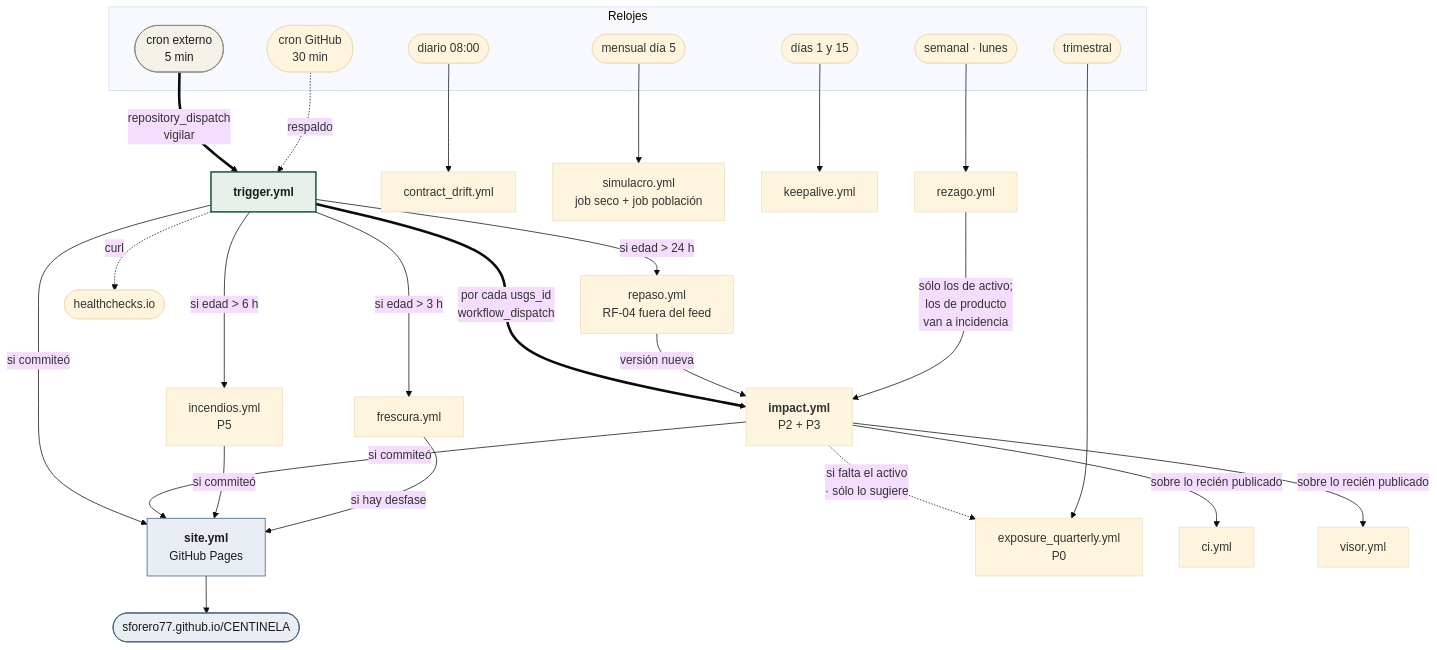
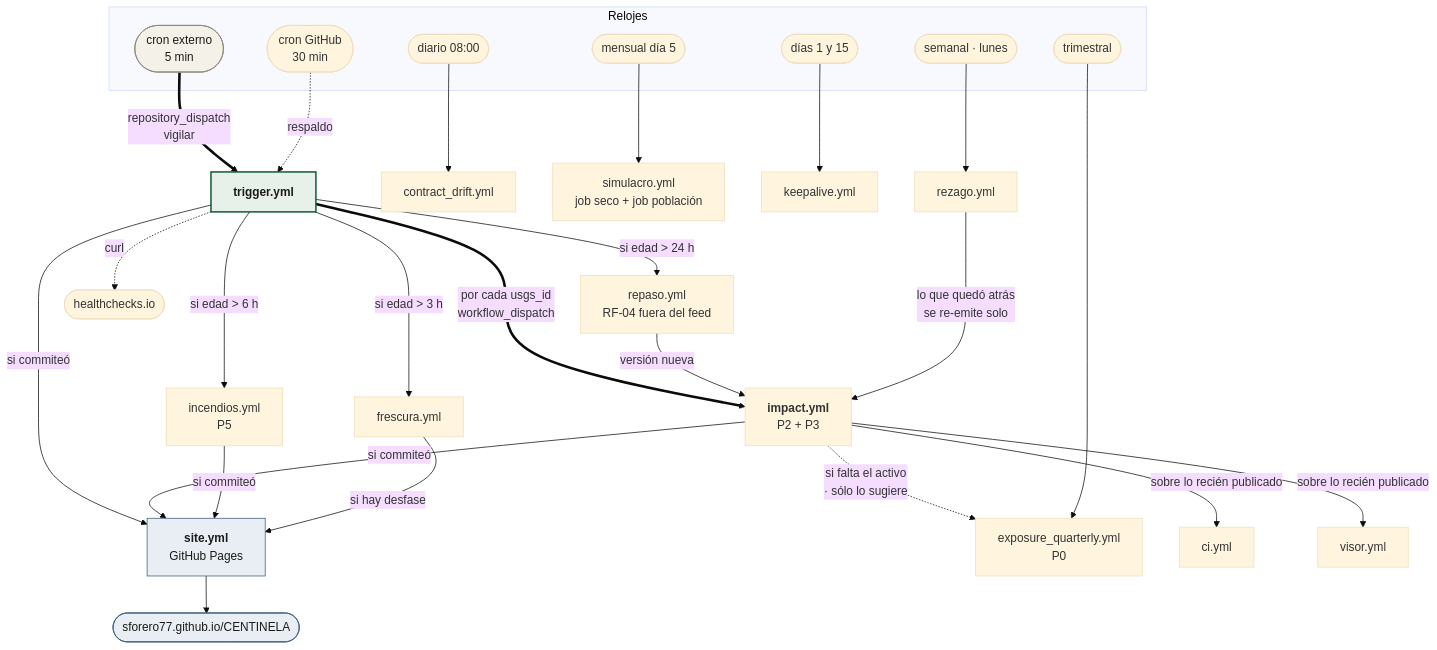
One commit to sforero77/CENTINELA changed the first of 2 diagrams in docs/acciones/orquestacion.md. Above: the diagram before and after it, drawn with Mermaid (base theme). The commit also changed other lines of this file and 12 other files, not shown here.

````diff
--- a/docs/acciones/orquestacion.md
+++ b/docs/acciones/orquestacion.md
@@ -9,48 +9,48 @@
 ```mermaid
 flowchart TB
   subgraph relojes["Relojes"]
     EXT(["cron externo<br/>5 min"])
     C30(["cron GitHub<br/>30 min"])
     CQ(["trimestral"])
     CD(["diario 08:00"])
     CM(["mensual día 5"])
     CK(["días 1 y 15"])
     CS(["semanal · lunes"])
   end
 
   EXT ==>|repository_dispatch<br/>vigilar| TRIG
   C30 -.->|respaldo| TRIG
 
   TRIG["<b>trigger.yml</b>"]
 
   TRIG ==>|"por cada usgs_id<br/>workflow_dispatch"| IMP["<b>impact.yml</b><br/>P2 + P3"]
   TRIG -->|"si edad &gt; 3 h"| FRE["frescura.yml"]
   TRIG -->|"si edad &gt; 6 h"| INC["incendios.yml<br/>P5"]
   TRIG -->|"si edad &gt; 24 h"| REP["repaso.yml<br/>RF-04 fuera del feed"]
   REP -->|"versión nueva"| IMP
   TRIG -->|"si commiteó"| SIT
   IMP -->|"si commiteó"| SIT
   INC -->|"si commiteó"| SIT
   FRE -->|"si hay desfase"| SIT
 
   SIT["<b>site.yml</b><br/>GitHub Pages"]
   SIT --> PAGES(["sforero77.github.io/CENTINELA"])
 
   IMP -.->|"si falta el activo<br/>· sólo lo sugiere"| EXQ["exposure_quarterly.yml<br/>P0"]
   CQ --> EXQ
   CD --> DRIFT["contract_drift.yml"]
   CM --> SIM["simulacro.yml<br/>job seco + job población"]
   CK --> KEEP["keepalive.yml"]
   CS --> REZ["rezago.yml"]
-  REZ -->|"sólo los de activo;<br/>los de producto<br/>van a incidencia"| IMP
+  REZ -->|"lo que quedó atrás<br/>se re-emite solo"| IMP
 
   IMP -->|"sobre lo recién publicado"| CIW["ci.yml"]
   IMP -->|"sobre lo recién publicado"| VISW["visor.yml"]
 
   TRIG -.->|"curl"| HC(["healthchecks.io"])
 
   style TRIG fill:#e8f0ea,stroke:#0f5636,stroke-width:2px,color:#1c1b1a
   style SIT fill:#e8eef4,stroke:#3a5a78,color:#1c1b1a
   style PAGES fill:#e8eef4,stroke:#3a5a78,color:#1c1b1a
   style EXT fill:#f4f1e8,stroke:#8a8578,color:#1c1b1a
 ```
````
